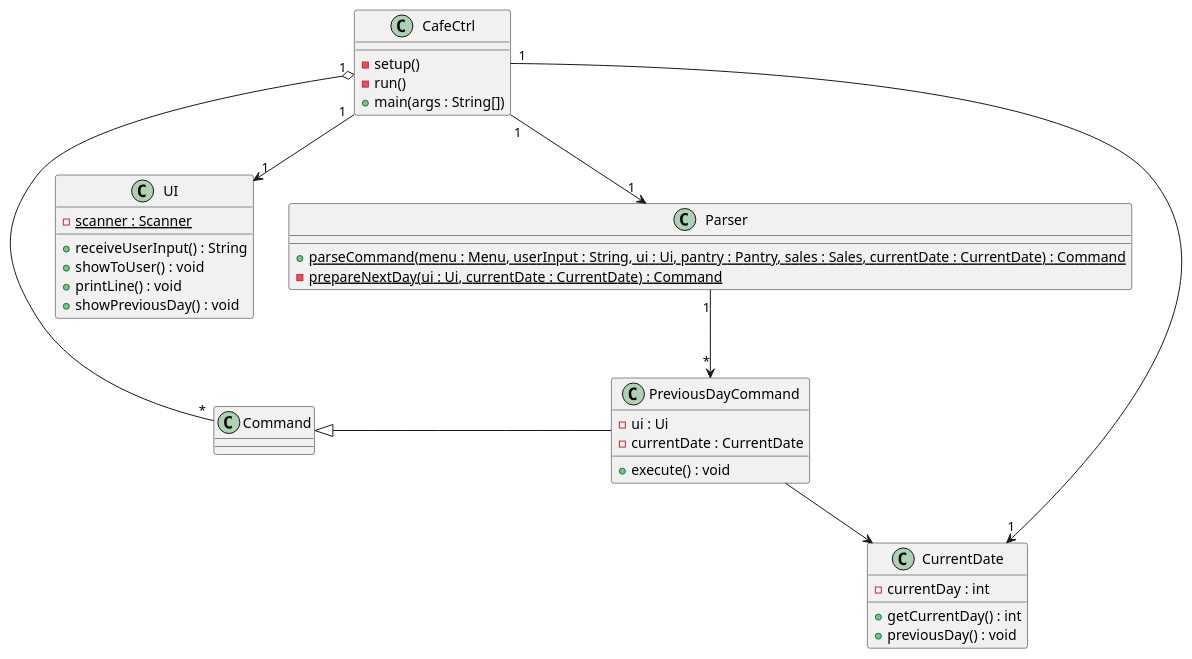
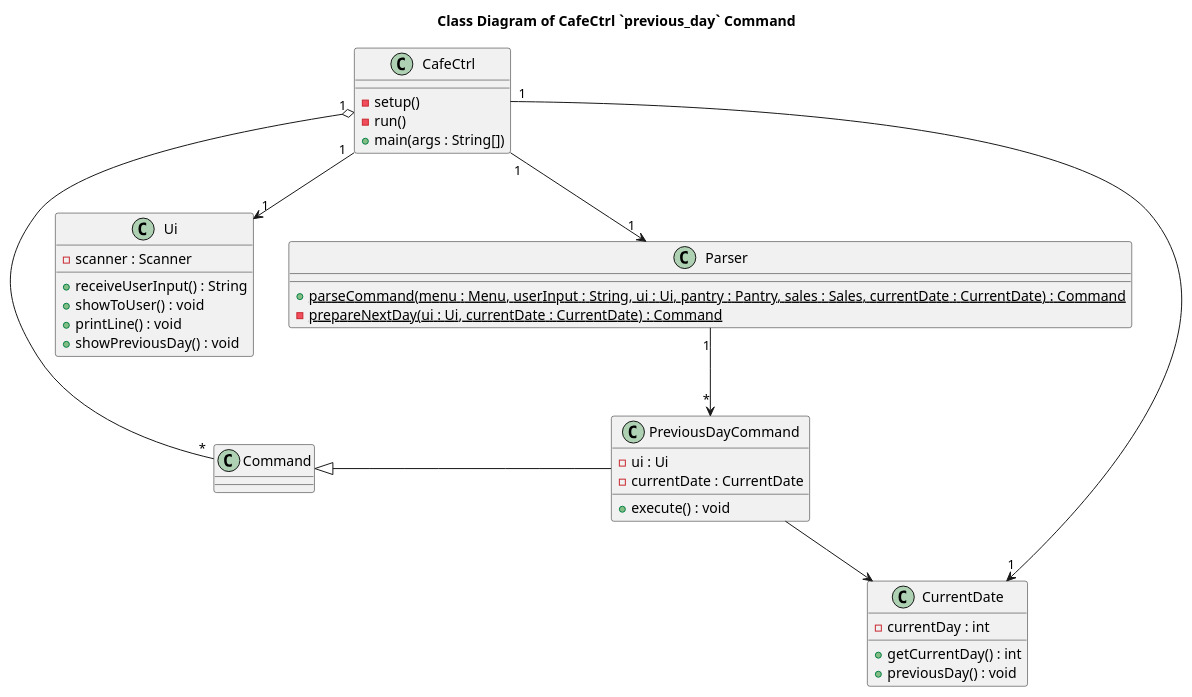
One commit to nus-cs2113-AY2324S1/tp changed the diagram in docs/diagrams/class/PreviousDayCommandClass.puml. Above: the diagram before and after it, drawn with PlantUML. The commit also changed 2 other files, not shown here.

Commit message:
Update DG for PreviousDayCommand

```diff
--- a/docs/diagrams/class/PreviousDayCommandClass.puml
+++ b/docs/diagrams/class/PreviousDayCommandClass.puml
@@ -1,49 +1,51 @@
 @startuml
 'https://plantuml.com/class-diagram
 
-CafeCtrl "1" --> "1" UI
+title Class Diagram of CafeCtrl `previous_day` Command
+
+CafeCtrl "1" --> "1" Ui
 CafeCtrl "1" --> "1" Parser
 CafeCtrl "1" --> "1" CurrentDate
 CafeCtrl "1" o-- "*" Command
 
 Command <|- PreviousDayCommand
 Parser "1" --> "*" PreviousDayCommand
 
 PreviousDayCommand --> CurrentDate
 
 class CafeCtrl {
 - setup()
 - run()
 + main(args : String[])
 }
 
 class Command {
 
 }
 
-class UI {
-{static} - scanner : Scanner
+class Ui {
+- scanner : Scanner
 + receiveUserInput() : String
 + showToUser() : void
 + printLine() : void
 + showPreviousDay() : void
 }
 
 class PreviousDayCommand {
 - ui : Ui
 - currentDate : CurrentDate
 + execute() : void
 }
 
 class Parser {
 {static} + parseCommand(menu : Menu, userInput : String, ui : Ui, pantry : Pantry, sales : Sales, currentDate : CurrentDate) : Command
 {static} - prepareNextDay(ui : Ui, currentDate : CurrentDate) : Command
 }
 
 class CurrentDate {
 - currentDay : int
 + getCurrentDay() : int
 + previousDay() : void
 }
 
 @enduml
```
